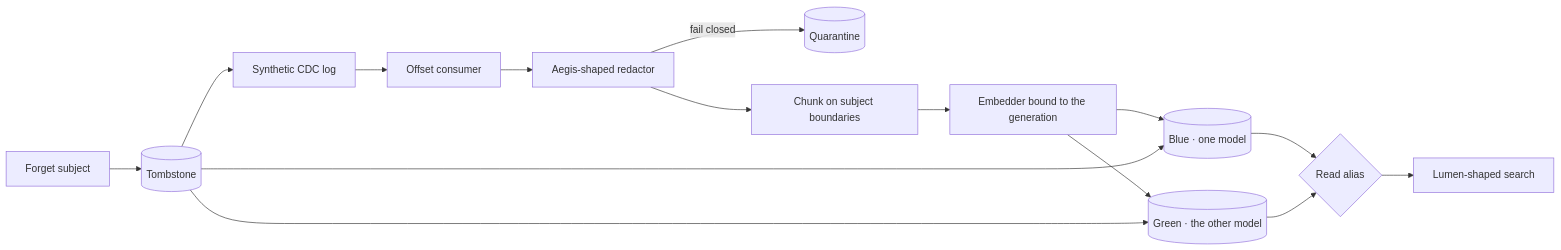
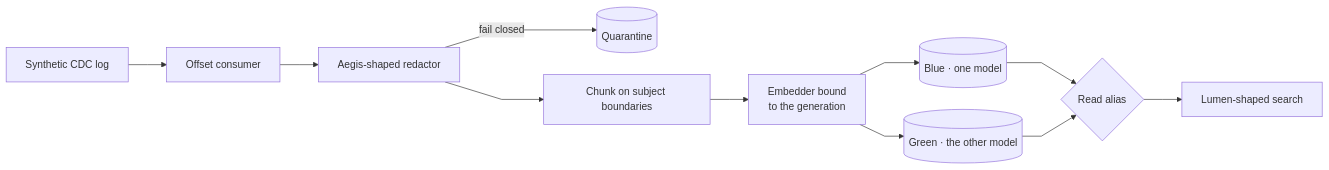
One commit to kumarlakshya24/enterprise-ai-platform changed the first of 3 diagrams in conduit/README.md. Above: the diagram before and after it, drawn with Mermaid. The commit also changed other lines of this file and 6 other files, not shown here.

First line of the commit message:
docs: redraw seven project architecture diagrams with no crossing lines (#24)

````diff
--- a/conduit/README.md
+++ b/conduit/README.md
@@ -96,17 +98,14 @@
 ```mermaid
+%%{init: {"flowchart": {"curve": "linear", "nodeSpacing": 34, "rankSpacing": 60}}}%%
 flowchart LR
   SRC["Synthetic CDC log"] --> OFF["Offset consumer"]
   OFF --> RED["Aegis-shaped redactor"]
   RED -->|fail closed| Q[("Quarantine")]
   RED --> CHK["Chunk on subject boundaries"]
-  CHK --> EMB["Embedder bound to the generation"]
+  CHK --> EMB["Embedder bound<br/>to the generation"]
   EMB --> BLUE[("Blue · one model")]
   EMB --> GREEN[("Green · the other model")]
   BLUE --> ALIAS{"Read alias"}
   GREEN --> ALIAS
   ALIAS --> LUM["Lumen-shaped search"]
-  FORGET["Forget subject"] --> TOMB[("Tombstone")]
-  TOMB --> BLUE
-  TOMB --> GREEN
-  TOMB --> SRC
 ```
````
